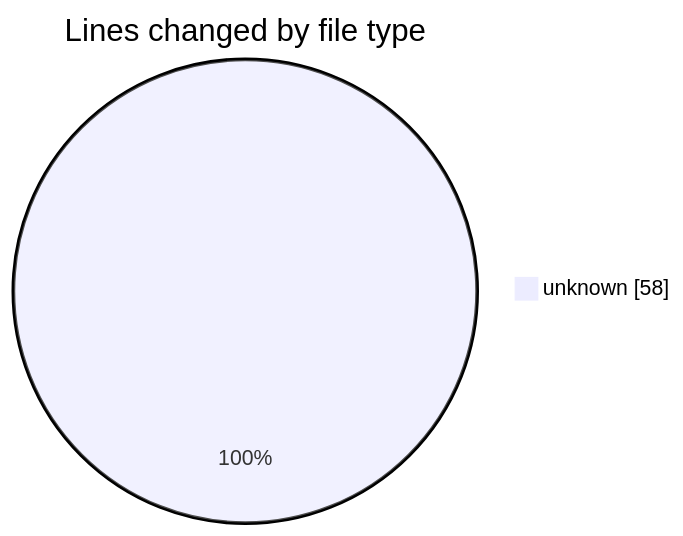
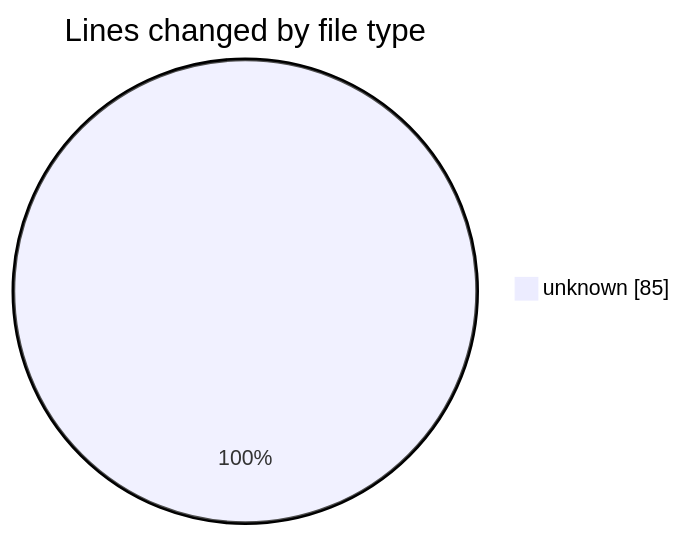
One commit to hasnaa123/code-tracking changed the first of 2 diagrams in 2026-09-17/taskforge/README.md. Above: the diagram before and after it, drawn with Mermaid. The commit also changed other lines of this file and 1 other file, not shown here.

````diff
--- a/2026-09-17/taskforge/README.md
+++ b/2026-09-17/taskforge/README.md
@@ -20,5 +20,5 @@
 ```mermaid
 pie showData
 title Lines changed by file type
-"unknown" : 58
+"unknown" : 85
 ```
````
